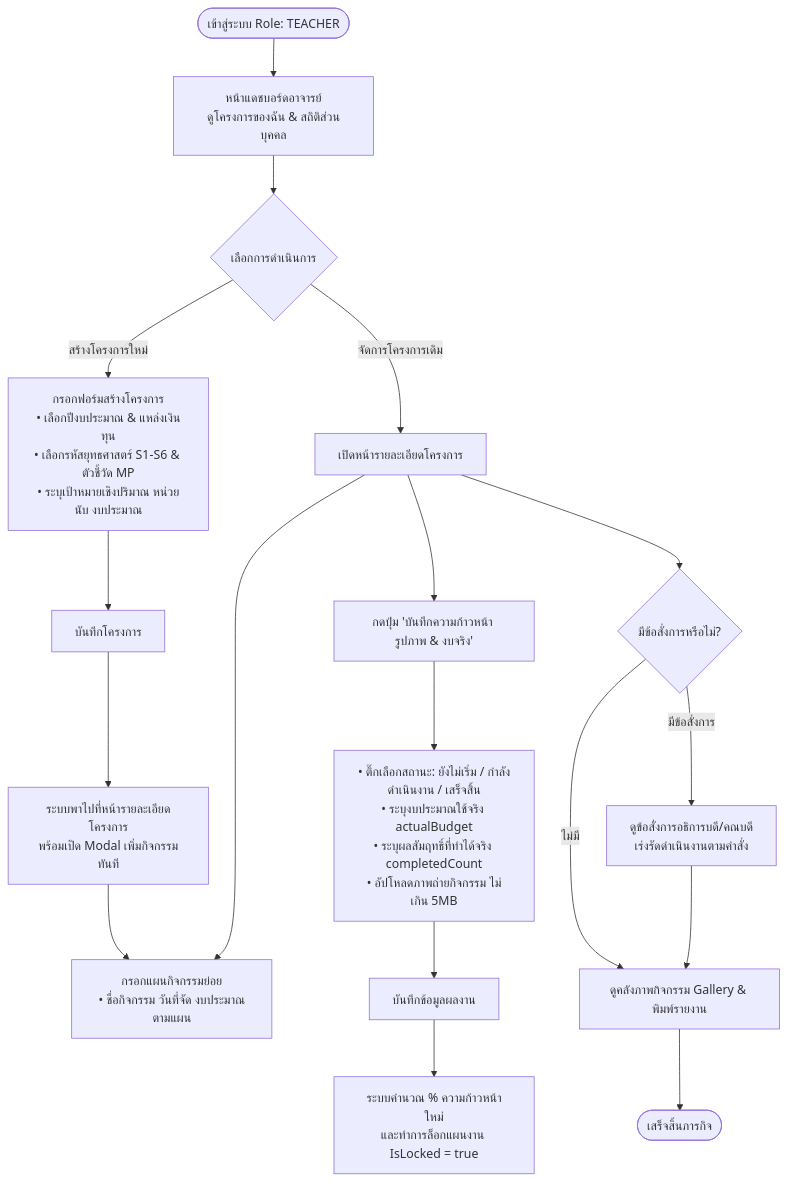
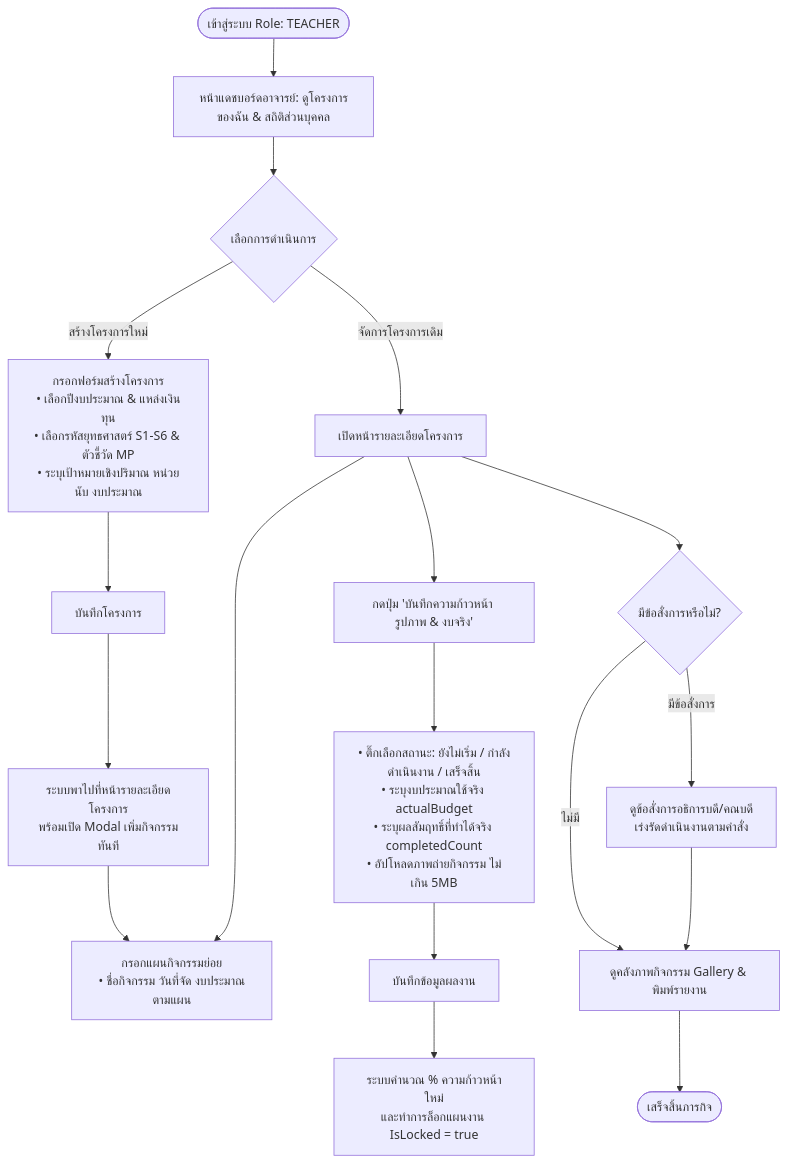
The second of 7 diagrams in flowchart.md (teeraphonn/bru-strategic-tracking), drawn with Mermaid before and after one commit. The commit also changed other lines of this file, not shown here.

Commit message:
Docs: Update system flowchart with clean straight-line 6-stage architecture

````diff
--- a/flowchart.md
+++ b/flowchart.md
@@ -67,32 +131,32 @@
 ```mermaid
 flowchart TD
-    T_Start([เข้าสู่ระบบ Role: TEACHER]) --> T_Dash[หน้าแดชบอร์ดอาจารย์<br/>ดูโครงการของฉัน & สถิติส่วนบุคคล]
+    T_Start([เข้าสู่ระบบ Role: TEACHER]) --> T_Dash[หน้าแดชบอร์ดอาจารย์: ดูโครงการของฉัน & สถิติส่วนบุคคล]
     
     T_Dash --> T_Choice{เลือกการดำเนินการ}
     
     %% Create Project
     T_Choice -->|สร้างโครงการใหม่| T_Form[กรอกฟอร์มสร้างโครงการ<br/>• เลือกปีงบประมาณ & แหล่งเงินทุน<br/>• เลือกรหัสยุทธศาสตร์ S1-S6 & ตัวชี้วัด MP<br/>• ระบุเป้าหมายเชิงปริมาณ หน่วยนับ งบประมาณ]
     T_Form --> T_SaveProj[บันทึกโครงการ]
     T_SaveProj --> T_Redirect[ระบบพาไปที่หน้ารายละเอียดโครงการ<br/>พร้อมเปิด Modal เพิ่มกิจกรรมทันที]
     
     %% Add Activities
     T_Redirect --> T_AddAct[กรอกแผนกิจกรรมย่อย<br/>• ชื่อกิจกรรม วันที่จัด งบประมาณตามแผน]
     T_Choice -->|จัดการโครงการเดิม| T_ProjDetail[เปิดหน้ารายละเอียดโครงการ]
     T_ProjDetail --> T_AddAct
     
     %% Record Progress
     T_ProjDetail --> T_ProgressModal[กดปุ่ม 'บันทึกความก้าวหน้า รูปภาพ & งบจริง']
     T_ProgressModal --> T_InputProgress[• ติ๊กเลือกสถานะ: ยังไม่เริ่ม / กำลังดำเนินงาน / เสร็จสิ้น<br/>• ระบุงบประมาณใช้จริง actualBudget<br/>• ระบุผลสัมฤทธิ์ที่ทำได้จริง completedCount<br/>• อัปโหลดภาพถ่ายกิจกรรม ไม่เกิน 5MB]
     T_InputProgress --> T_SaveProgress[บันทึกข้อมูลผลงาน]
     
     %% Lock & Calculate
     T_SaveProgress --> T_SysUpdate[ระบบคำนวณ % ความก้าวหน้าใหม่<br/>และทำการล็อกแผนงาน IsLocked = true]
     
     %% Directives
     T_ProjDetail --> T_CheckDirectives{มีข้อสั่งการหรือไม่?}
     T_CheckDirectives -->|มีข้อสั่งการ| T_ViewDirective[ดูข้อสั่งการอธิการบดี/คณบดี<br/>เร่งรัดดำเนินงานตามคำสั่ง]
     T_CheckDirectives -->|ไม่มี| T_Gallery[ดูคลังภาพกิจกรรม Gallery & พิมพ์รายงาน]
     T_ViewDirective --> T_Gallery
     
     T_Gallery --> T_End([เสร็จสิ้นภารกิจ])
 ```
````
